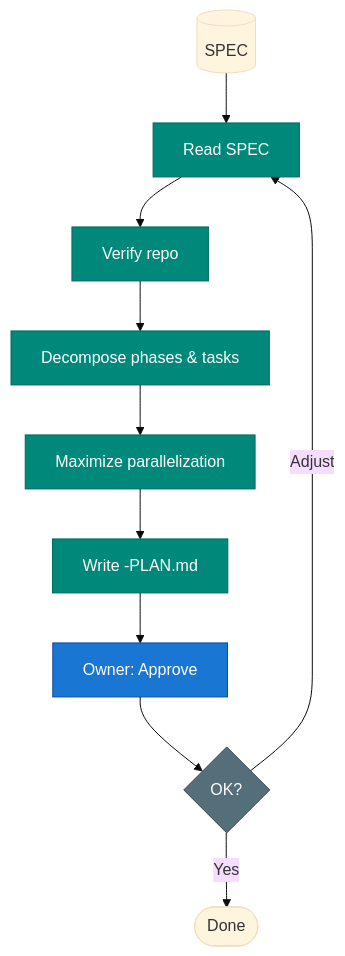
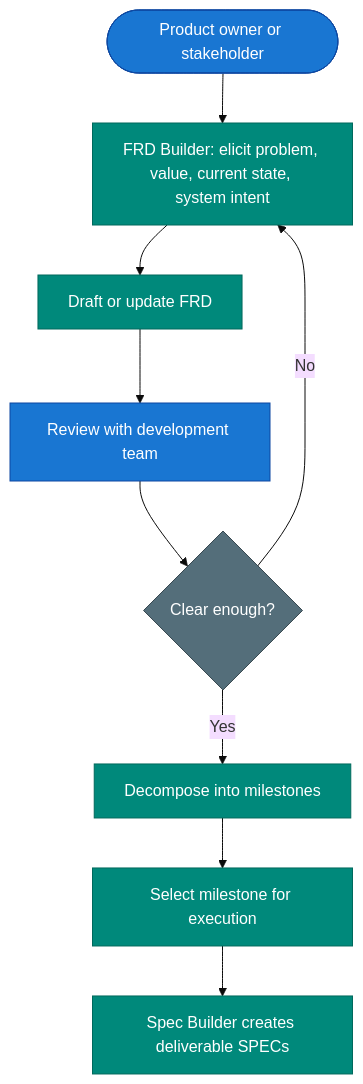
One commit to zazzcode/zazz-skills changed the second of 3 diagrams in zazz-framework.md. Above: the diagram before and after it, drawn with Mermaid (base theme). The commit also changed other lines of this file and 21 other files, not shown here.

````diff
--- a/zazz-framework.md
+++ b/zazz-framework.md
@@ -134,19 +353,18 @@
 ```mermaid
 flowchart TD
-    A[(SPEC)] --> B[Read SPEC]
-    B --> C[Verify repo]
-    C --> D[Decompose phases & tasks]
-    D --> E[Maximize parallelization]
-    E --> F[Write -PLAN.md]
-    F --> G[Owner: Approve]
-    G --> H{OK?}
-    H -->|Yes| I([Done])
-    H -->|Adjust| B
+    A([Product owner or stakeholder]) --> B[FRD Builder: elicit problem, value, current state, system intent]
+    B --> C[Draft or update FRD]
+    C --> D[Review with development team]
+    D --> E{Clear enough?}
+    E -->|No| B
+    E -->|Yes| F[Decompose into milestones]
+    F --> G[Select milestone for execution]
+    G --> H[Spec Builder creates deliverable SPECs]
 
+    classDef human fill:#1976d2,stroke:#0d47a1,color:#fff
     classDef agent fill:#00897b,stroke:#00695c,color:#fff
-    classDef owner fill:#1976d2,stroke:#0d47a1,color:#fff
     classDef decision fill:#546e7a,stroke:#37474f,color:#fff
-    class B,C,D,E,F agent
-    class G owner
-    class H decision
+    class A,D human
+    class B,C,F,G,H agent
+    class E decision
 ```
````
